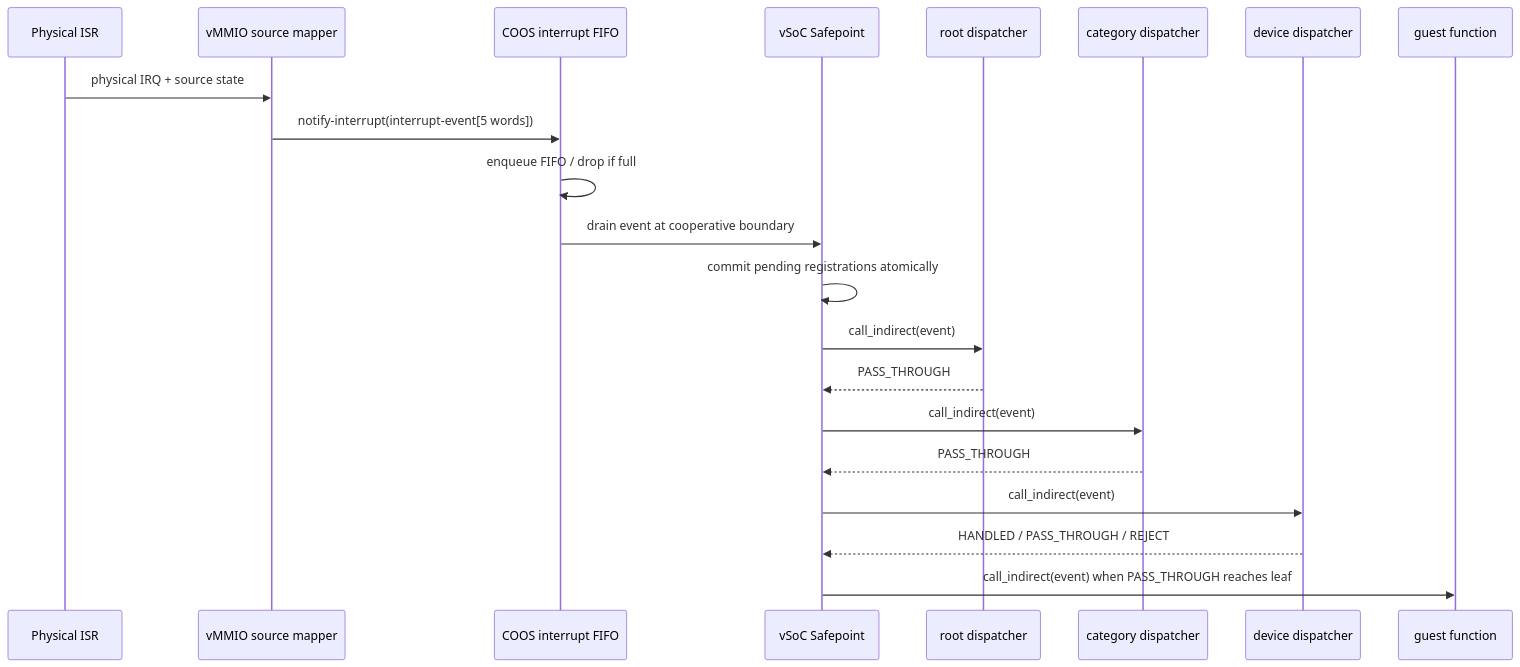
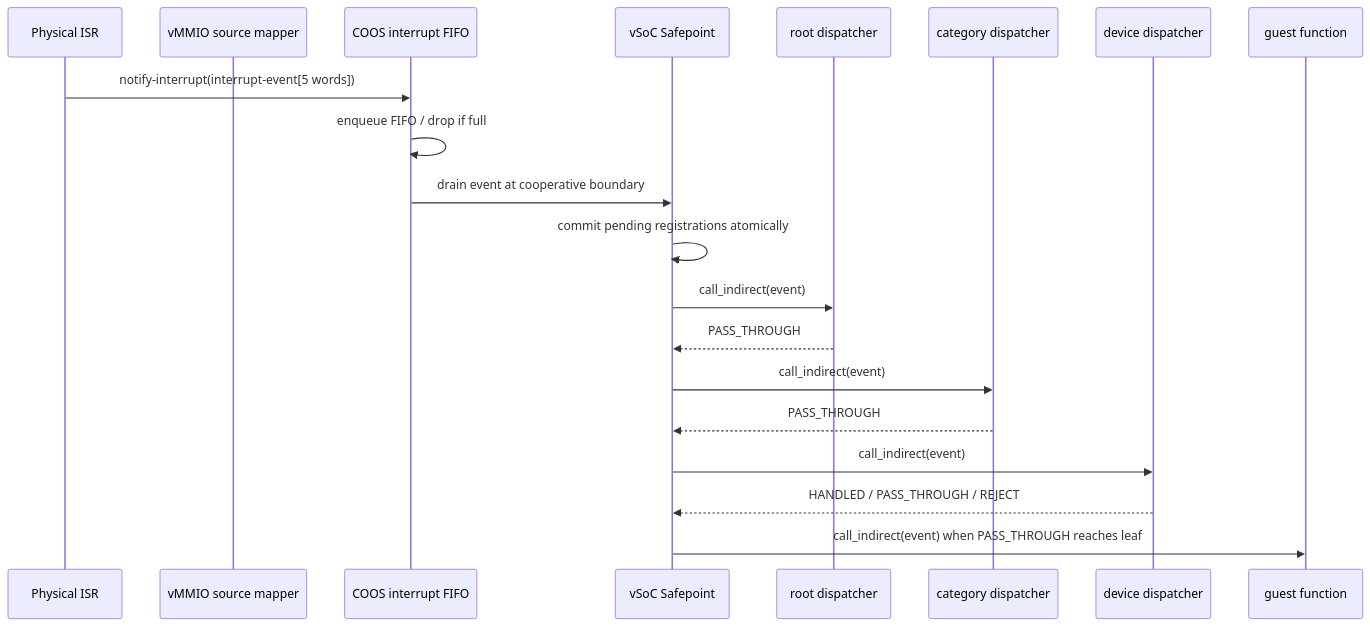
Before and after one commit to kmt-t/fireball: the sixth of 6 diagrams in docs/components/tier2_runtime/runtime_vmmio.md, drawn with Mermaid. The commit also changed other lines of this file and 55 other files, not shown here.

Commit message:
Update project architecture and validation artifacts

````diff
--- a/docs/components/tier2_runtime/runtime_vmmio.md
+++ b/docs/components/tier2_runtime/runtime_vmmio.md
@@ -428,24 +427,23 @@
 ```mermaid
 sequenceDiagram
     participant ISR as Physical ISR
     participant VMMIO as vMMIO source mapper
     participant COOS as COOS interrupt FIFO
     participant VSOC as vSoC Safepoint
     participant Root as root dispatcher
     participant Class as category dispatcher
     participant Device as device dispatcher
     participant Guest as guest function
 
-    ISR->>VMMIO: physical IRQ + source state
-    VMMIO->>COOS: notify-interrupt(interrupt-event[5 words])
+    ISR->>COOS: notify-interrupt(interrupt-event[5 words])
     COOS->>COOS: enqueue FIFO / drop if full
     COOS->>VSOC: drain event at cooperative boundary
     VSOC->>VSOC: commit pending registrations atomically
     VSOC->>Root: call_indirect(event)
     Root-->>VSOC: PASS_THROUGH
     VSOC->>Class: call_indirect(event)
     Class-->>VSOC: PASS_THROUGH
     VSOC->>Device: call_indirect(event)
     Device-->>VSOC: HANDLED / PASS_THROUGH / REJECT
     VSOC->>Guest: call_indirect(event) when PASS_THROUGH reaches leaf
 ```
````
